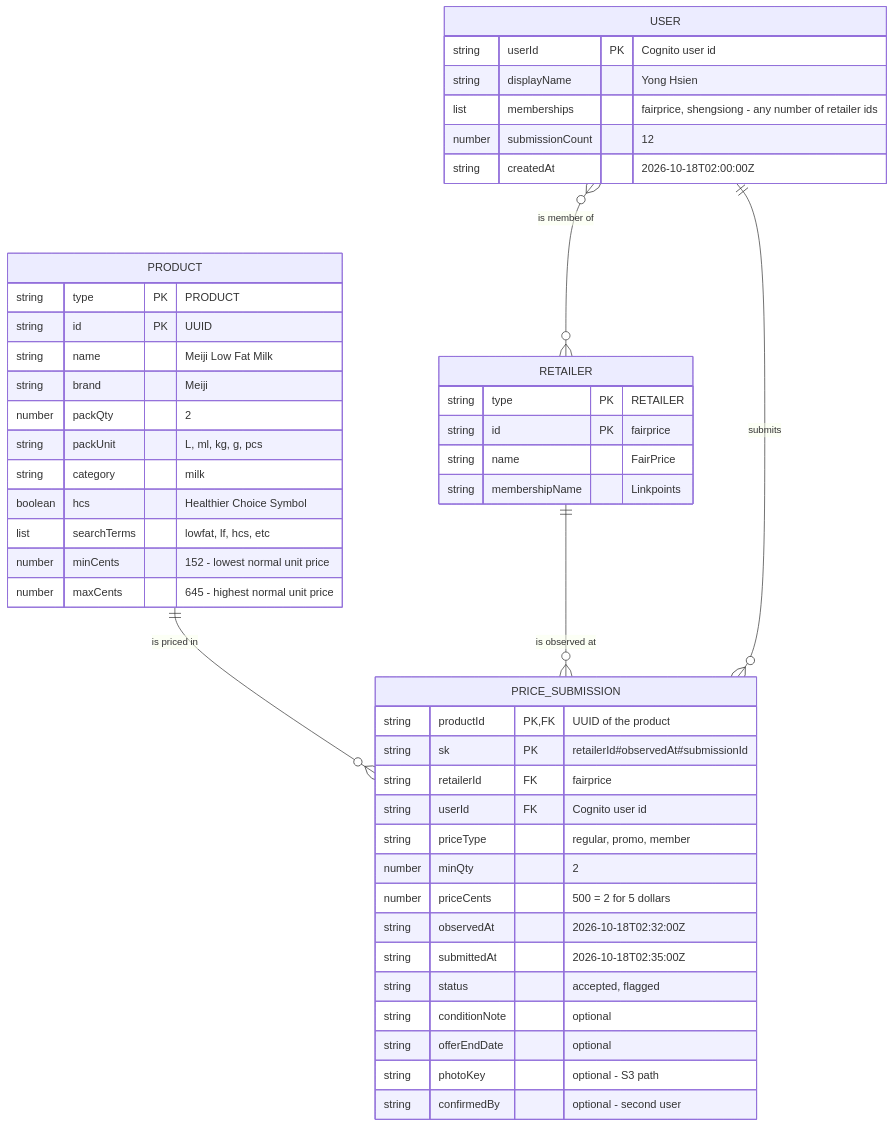
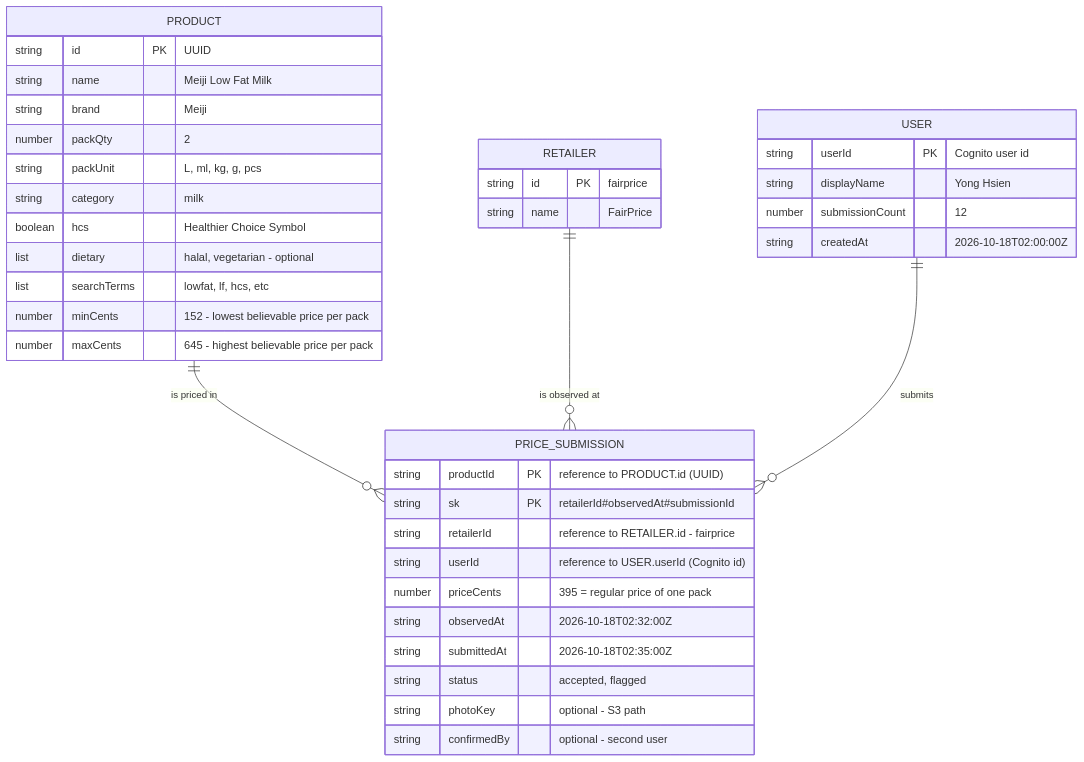
One commit to Gareth2-YS/TrolleySaver changed the first of 2 diagrams in docs/architecture/database-design.md. Above: the diagram before and after it, drawn with Mermaid. The commit also changed other lines of this file, not shown here.

````diff
--- a/docs/architecture/database-design.md
+++ b/docs/architecture/database-design.md
@@ -7,53 +7,45 @@
 ```mermaid
 erDiagram
     PRODUCT ||--o{ PRICE_SUBMISSION : "is priced in"
     RETAILER ||--o{ PRICE_SUBMISSION : "is observed at"
     USER ||--o{ PRICE_SUBMISSION : "submits"
-    USER }o--o{ RETAILER : "is member of"
 
     PRODUCT {
-        string type PK "PRODUCT"
         string id PK "UUID"
         string name "Meiji Low Fat Milk"
         string brand "Meiji"
         number packQty "2"
         string packUnit "L, ml, kg, g, pcs"
         string category "milk"
         boolean hcs "Healthier Choice Symbol"
+        list dietary "halal, vegetarian - optional"
         list searchTerms "lowfat, lf, hcs, etc"
-        number minCents "152 - lowest normal unit price"
-        number maxCents "645 - highest normal unit price"
+        number minCents "152 - lowest believable price per pack"
+        number maxCents "645 - highest believable price per pack"
     }
 
     RETAILER {
-        string type PK "RETAILER"
         string id PK "fairprice"
         string name "FairPrice"
-        string membershipName "Linkpoints"
     }
 
     PRICE_SUBMISSION {
-        string productId PK, FK "UUID of the product"
+        string productId PK "reference to PRODUCT.id (UUID)"
         string sk PK "retailerId#observedAt#submissionId"
-        string retailerId FK "fairprice"
-        string userId FK "Cognito user id"
-        string priceType "regular, promo, member"
-        number minQty "2"
-        number priceCents "500 = 2 for 5 dollars"
+        string retailerId "reference to RETAILER.id - fairprice"
+        string userId "reference to USER.userId (Cognito id)"
+        number priceCents "395 = regular price of one pack"
         string observedAt "2026-10-18T02:32:00Z"
         string submittedAt "2026-10-18T02:35:00Z"
         string status "accepted, flagged"
-        string conditionNote "optional"
-        string offerEndDate "optional"
         string photoKey "optional - S3 path"
         string confirmedBy "optional - second user"
     }
 
     USER {
         string userId PK "Cognito user id"
         string displayName "Yong Hsien"
-        list memberships "fairprice, shengsiong - any number of retailer ids"
         number submissionCount "12"
         string createdAt "2026-10-18T02:00:00Z"
     }
 ```
````
